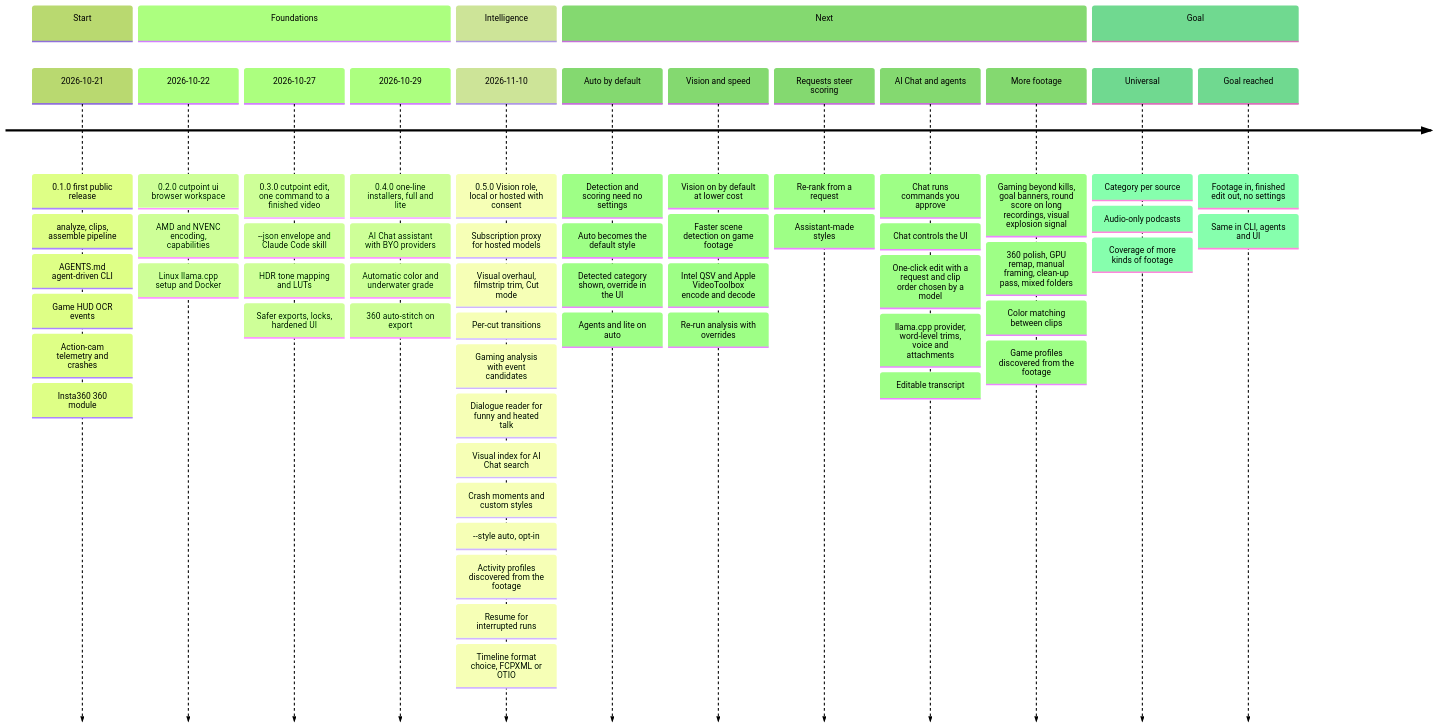
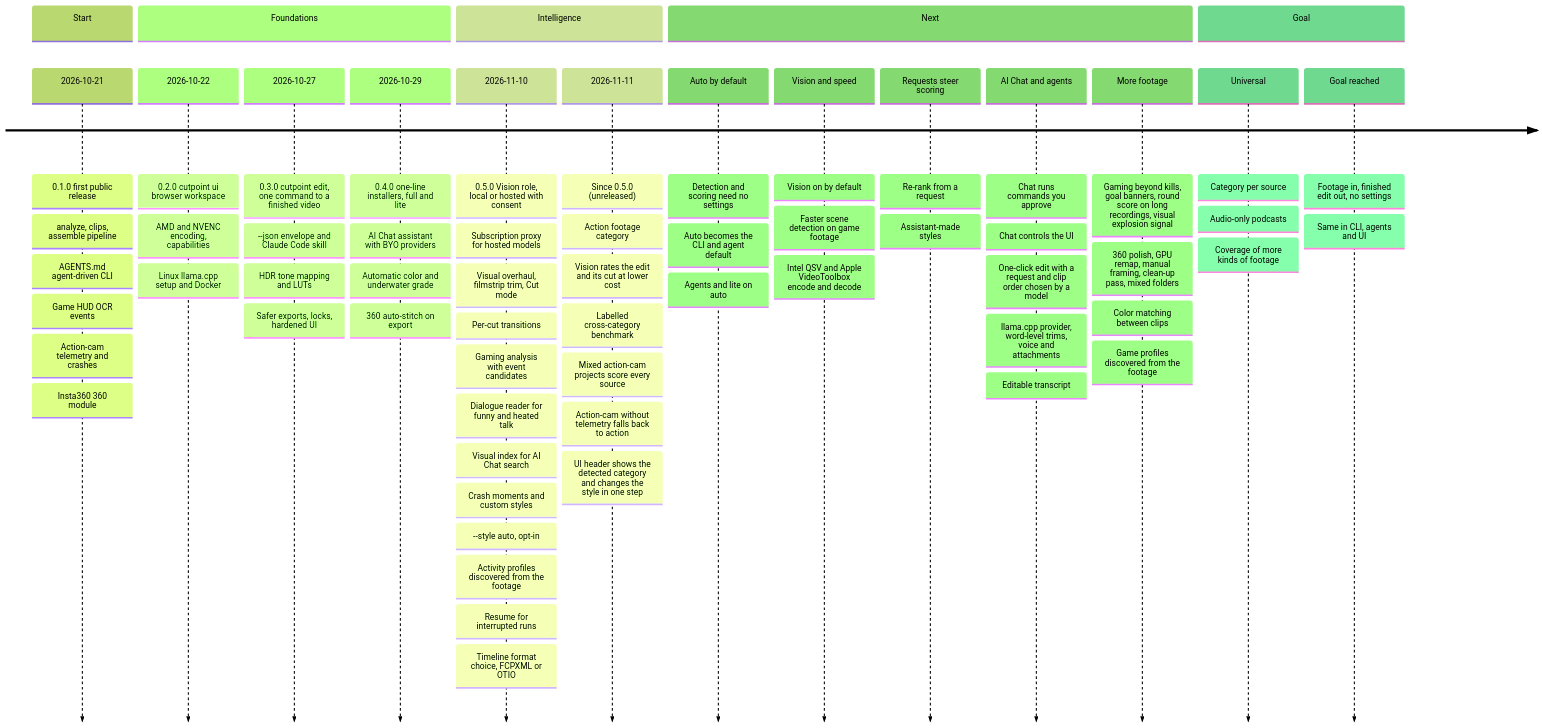
One commit to FerventOrange/cutpoint changed the diagram in docs/roadmap.md. Above: the diagram before and after it, drawn with Mermaid (forest theme). The commit also changed other lines of this file, not shown here.

Commit message:
docs/roadmap : work since 0.5.0, done items out of Next
The timeline gets a since-0.5.0 entry for the work merged after the
0.5.0 release: Action footage category, lower-cost vision rating,
labelled cross-category benchmark, mixed action-cam projects, action-cam
fallback to action without telemetry, and the UI header showing the
detected category.

Next drops the items that are done (#897, #880, #900, #909) and
reword the Auto-by-default band to CLI and agent default, since the UI
part is now covered by the header.

````diff
--- a/docs/roadmap.md
+++ b/docs/roadmap.md
@@ -9,64 +9,69 @@
 ```mermaid
 ---
 title: "Cutpoint: from inception to the universal AI footage editor"
 ---
 timeline
     section Start
         2026-10-21 : 0.1.0 first public release
                    : analyze, clips, assemble pipeline
                    : AGENTS.md agent-driven CLI
                    : Game HUD OCR events
                    : Action-cam telemetry and crashes
                    : Insta360 360 module
     section Foundations
         2026-10-22 : 0.2.0 cutpoint ui browser workspace
                    : AMD and NVENC encoding, capabilities
                    : Linux llama.cpp setup and Docker
         2026-10-27 : 0.3.0 cutpoint edit, one command to a finished video
                    : --json envelope and Claude Code skill
                    : HDR tone mapping and LUTs
                    : Safer exports, locks, hardened UI
         2026-10-29 : 0.4.0 one-line installers, full and lite
                    : AI Chat assistant with BYO providers
                    : Automatic color and underwater grade
                    : 360 auto-stitch on export
     section Intelligence
         2026-11-10 : 0.5.0 Vision role, local or hosted with consent
                    : Subscription proxy for hosted models
                    : Visual overhaul, filmstrip trim, Cut mode
                    : Per-cut transitions
                    : Gaming analysis with event candidates
                    : Dialogue reader for funny and heated talk
                    : Visual index for AI Chat search
                    : Crash moments and custom styles
                    : --style auto, opt-in
                    : Activity profiles discovered from the footage
                    : Resume for interrupted runs
                    : Timeline format choice, FCPXML or OTIO
+        2026-11-11 : Since 0.5.0 (unreleased)
+                   : Action footage category
+                   : Vision rates the edit and its cut at lower cost
+                   : Labelled cross-category benchmark
+                   : Mixed action-cam projects score every source
+                   : Action-cam without telemetry falls back to action
+                   : UI header shows the detected category and changes the style in one step
     section Next
         Auto by default : Detection and scoring need no settings
-                        : Auto becomes the default style
-                        : Detected category shown, override in the UI
+                        : Auto becomes the CLI and agent default
                         : Agents and lite on auto
-        Vision and speed : Vision on by default at lower cost
+        Vision and speed : Vision on by default
                          : Faster scene detection on game footage
                          : Intel QSV and Apple VideoToolbox encode and decode
-                         : Re-run analysis with overrides
         Requests steer scoring : Re-rank from a request
                                : Assistant-made styles
         AI Chat and agents : Chat runs commands you approve
                            : Chat controls the UI
                            : One-click edit with a request and clip order chosen by a model
                            : llama.cpp provider, word-level trims, voice and attachments
                            : Editable transcript
         More footage : Gaming beyond kills, goal banners, round score on long recordings, visual explosion signal
                      : 360 polish, GPU remap, manual framing, clean-up pass, mixed folders
                      : Color matching between clips
                      : Game profiles discovered from the footage
     section Goal
         Universal : Category per source
                   : Audio-only podcasts
                   : Coverage of more kinds of footage
         Goal reached : Footage in, finished edit out, no settings
                      : Same in CLI, agents and UI
 ```
````
